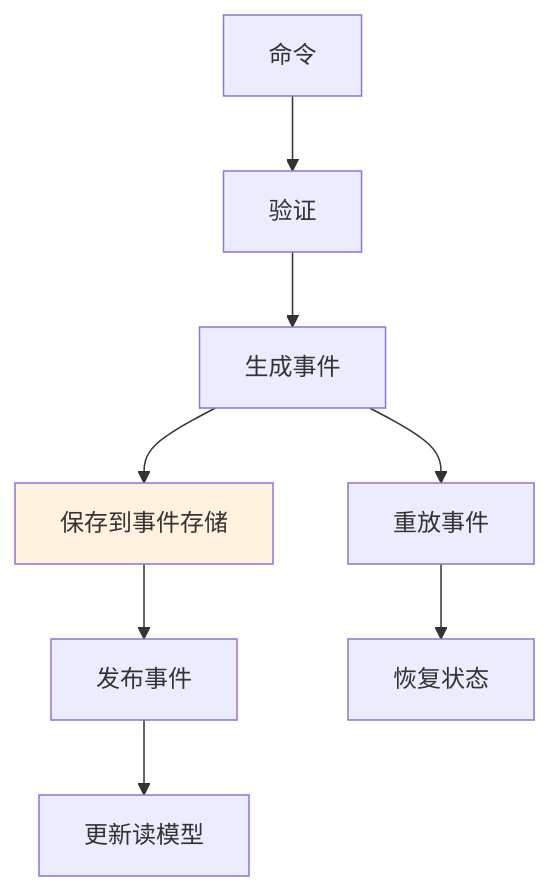
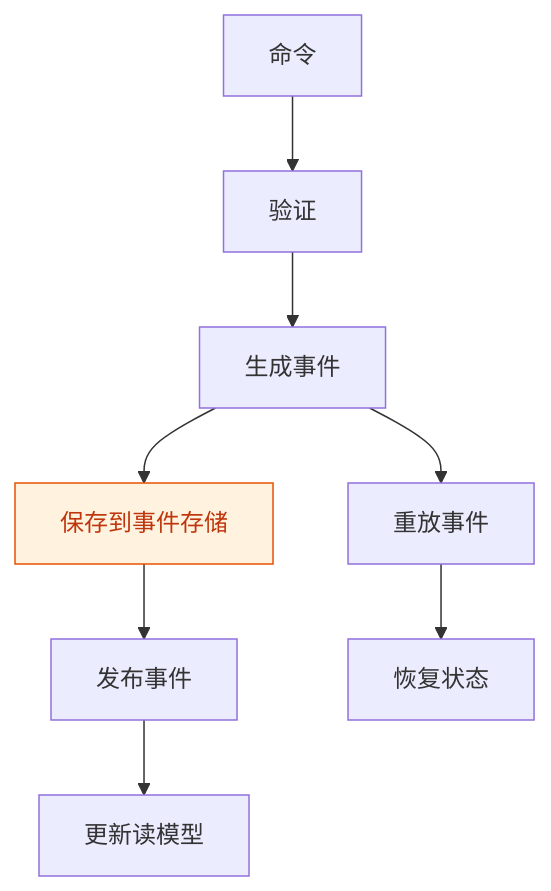
The eighth of 23 diagrams in _posts/2018-12-11-microservices-architecture.md (FreezeSoul/freezesoul.github.com), drawn with Mermaid before and after one commit. The commit also changed other lines of this file and 9 other files, not shown here.

Commit message:
修正mermaid配色与要求

````diff
--- a/_posts/2018-12-11-microservices-architecture.md
+++ b/_posts/2018-12-11-microservices-architecture.md
@@ -374,13 +374,13 @@
 ```mermaid
 graph TD
     A[命令] --> B[验证]
     B --> C[生成事件]
     C --> D[保存到事件存储]
     D --> E[发布事件]
     E --> F[更新读模型]
 
     C --> G[重放事件]
     G --> H[恢复状态]
 
-    style D fill:#fff3e0
+    style D fill:#fff3e0,stroke:#e65100,color:#bf360c
 ```
````
